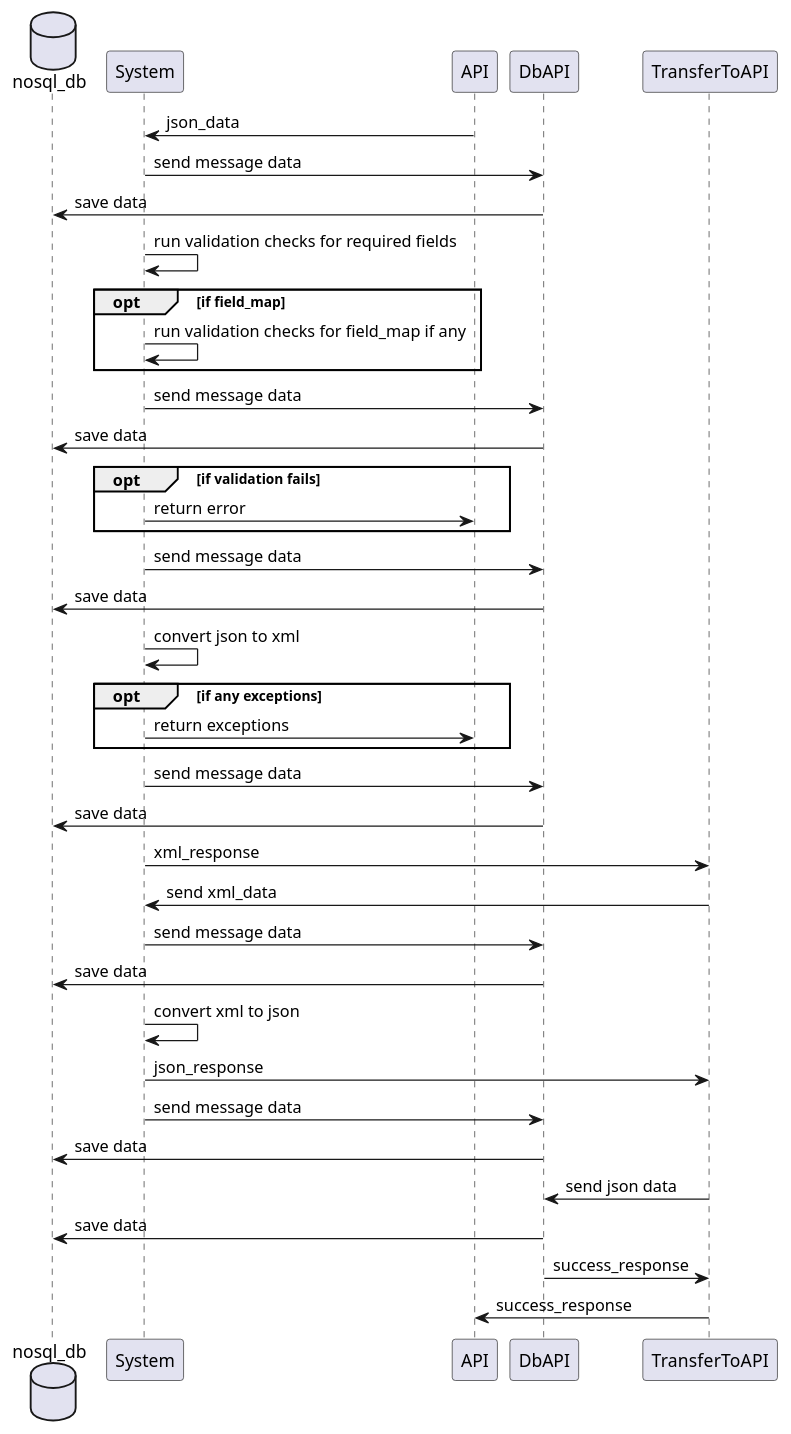
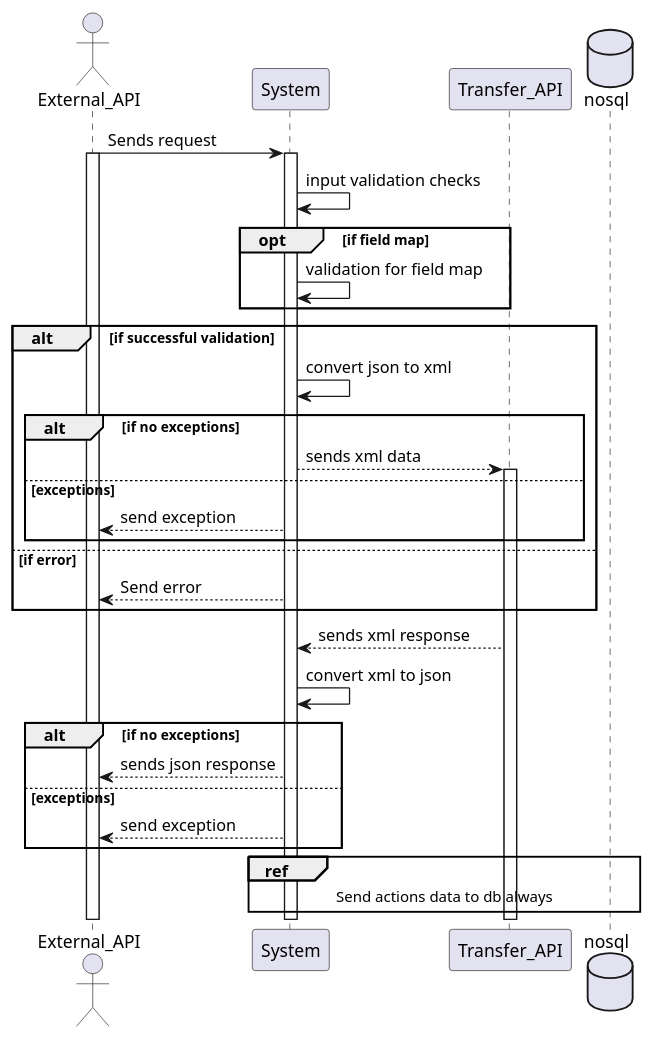
One commit to sadeeqilu/JsonToXML changed the diagram in src/doc/uml.puml. Above: the diagram before and after it, drawn with PlantUML. The commit also changed 1 other file, not shown here.

Commit message:
newly updated uml

```diff
--- a/src/doc/uml.puml
+++ b/src/doc/uml.puml
@@ -1,35 +1,34 @@
 @startuml
-database nosql_db
-System <- API : json_data
-System -> DbAPI : send message data
-DbAPI -> nosql_db : save data
-System -> System : run validation checks for required fields
-opt if field_map
-    System -> System : run validation checks for field_map if any
+actor External_API
+participant System
+participant Transfer_API
+database nosql
+
+External_API -> System : Sends request
+activate External_API
+activate System
+System -> System : input validation checks
+opt if field map
+    System -> System : validation for field map
 end
-System -> DbAPI : send message data
-DbAPI -> nosql_db : save data
-opt if validation fails
-    System -> API : return error
+alt if successful validation
+    System -> System : convert json to xml
+    alt if no exceptions
+        System --> Transfer_API : sends xml data
+        activate Transfer_API
+    else exceptions
+        System --> External_API : send exception
+    end
+else if error
+    System --> External_API : Send error
 end
-System -> DbAPI : send message data
-DbAPI -> nosql_db : save data
-System -> System : convert json to xml
-opt if any exceptions
-    System -> API : return exceptions
+Transfer_API --> System : sends xml response
+System -> System : convert xml to json
+alt if no exceptions
+    System --> External_API : sends json response
+else exceptions
+    System --> External_API : send exception
 end
-System -> DbAPI : send message data
-DbAPI -> nosql_db : save data
-TransferToAPI <- System : xml_response
-TransferToAPI -> System : send xml_data
-System -> DbAPI : send message data
-DbAPI -> nosql_db : save data
-System -> System : convert xml to json
-System -> TransferToAPI : json_response
-System -> DbAPI : send message data
-DbAPI -> nosql_db : save data
-TransferToAPI -> DbAPI : send json data
-DbAPI -> nosql_db : save data
-DbAPI -> TransferToAPI : success_response
-TransferToAPI -> API : success_response
+ref over System, Transfer_API, nosql : Send actions data to db always
+
 @enduml
```
